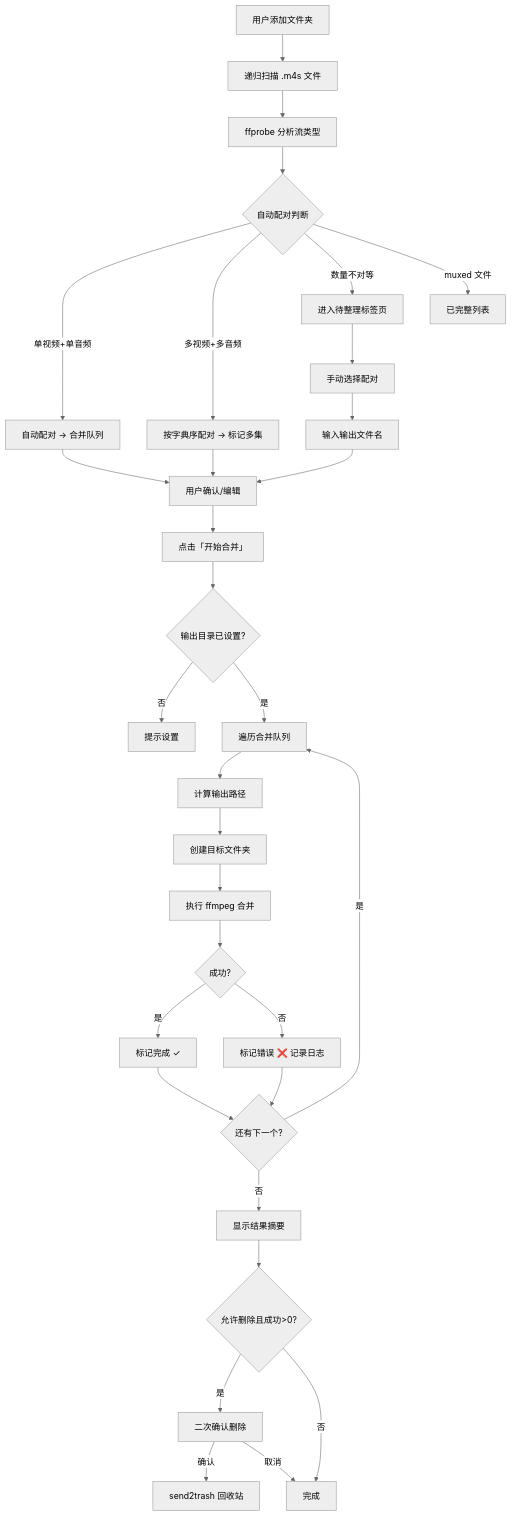
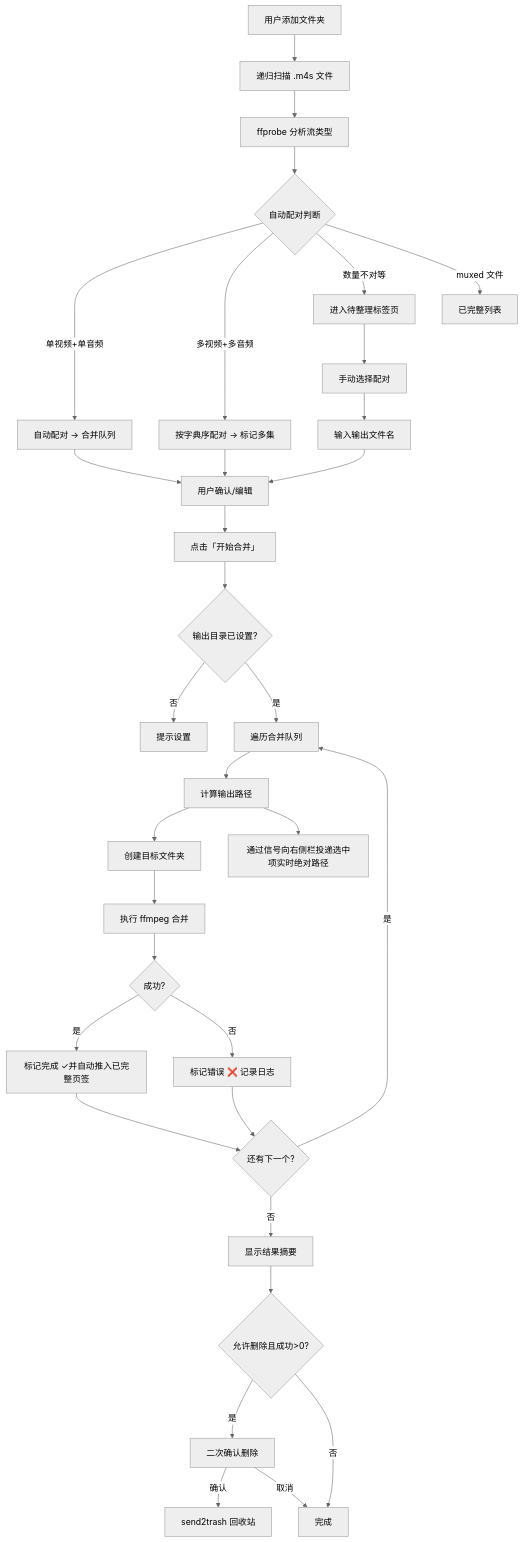
Before and after one commit to chycycc/fisheep-video-merger: the diagram in plans/实施计划.md, drawn with Mermaid (neutral theme). The commit also changed other lines of this file, not shown here.

````diff
--- a/plans/实施计划.md
+++ b/plans/实施计划.md
@@ -161,40 +186,41 @@
 ```mermaid
 flowchart TD
     A[用户添加文件夹] --> B[递归扫描 .m4s 文件]
     B --> C[ffprobe 分析流类型]
     C --> D{自动配对判断}
     
     D -->|单视频+单音频| E[自动配对 → 合并队列]
     D -->|多视频+多音频| F[按字典序配对 → 标记多集]
     D -->|数量不对等| G[进入待整理标签页]
     D -->|muxed 文件| H[已完整列表]
     
     E --> I[用户确认/编辑]
     F --> I
     G --> J[手动选择配对]
     J --> K[输入输出文件名]
     K --> I
     
     I --> L[点击「开始合并」]
     L --> M{输出目录已设置?}
     M -->|否| N[提示设置]
     M -->|是| O[遍历合并队列]
     
     O --> P[计算输出路径]
     P --> Q[创建目标文件夹]
+    P --> Q2[通过信号向右侧栏投递选中项实时绝对路径]
     Q --> R[执行 ffmpeg 合并]
     R --> S{成功?}
-    S -->|是| T[标记完成 ✓]
+    S -->|是| T[标记完成 ✓并自动推入已完整页签]
     S -->|否| U[标记错误 ❌ 记录日志]
     
     T --> V{还有下一个?}
     U --> V
     V -->|是| O
     V -->|否| W[显示结果摘要]
     
     W --> X{允许删除且成功>0?}
     X -->|是| Y[二次确认删除]
     Y -->|确认| Z[send2trash 回收站]
     X -->|否| END[完成]
     Y -->|取消| END
 ```
````
